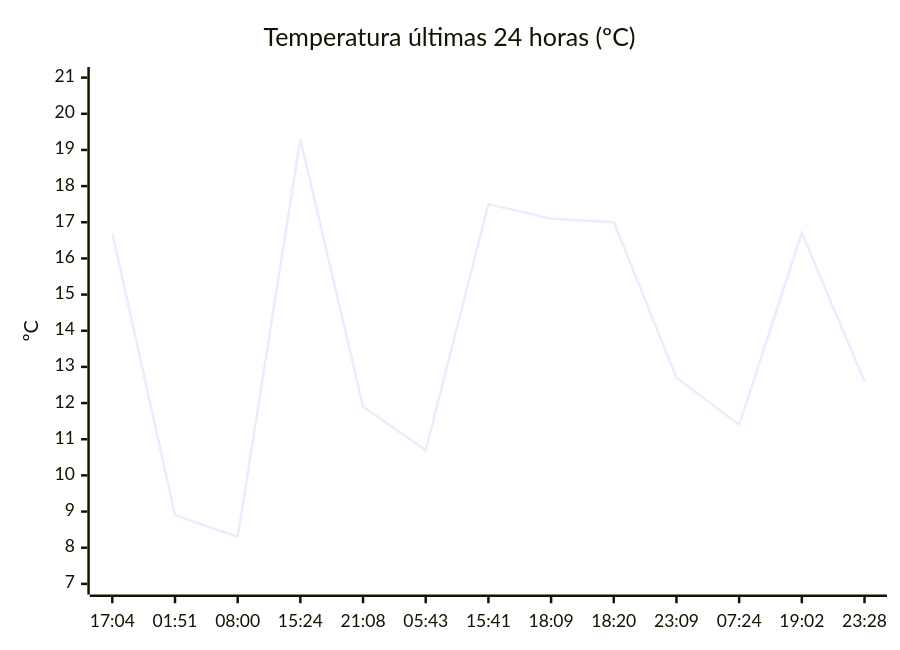
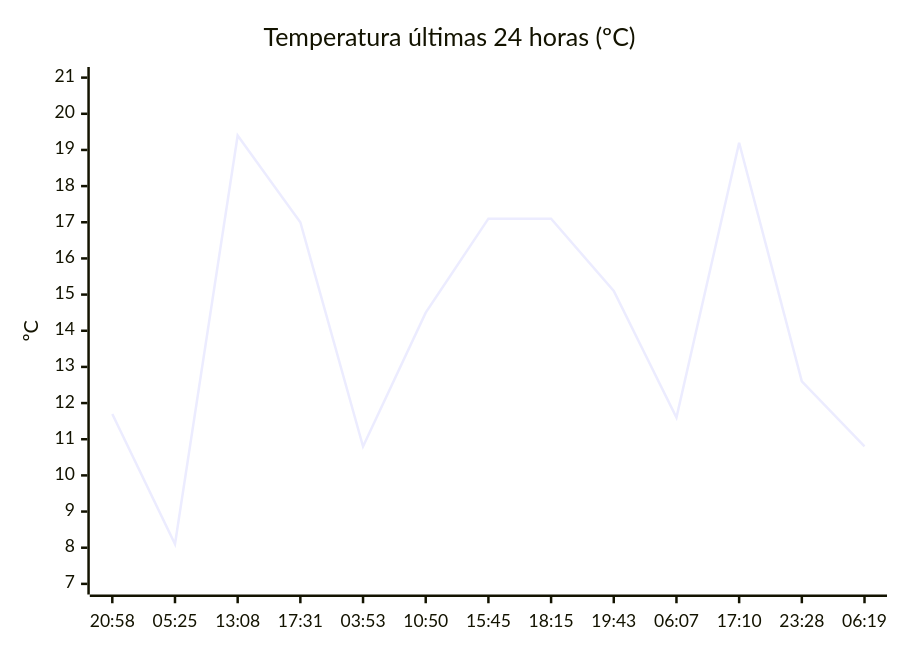
Before and after one commit to solidsnk86/rem-scrap: the diagram in README.md, drawn with Mermaid. The commit also changed other lines of this file, not shown here.

````diff
--- a/README.md
+++ b/README.md
@@ -32,7 +36,7 @@
 ```mermaid
 xychart-beta
     title "Temperatura últimas 24 horas (ºC)"
-    x-axis ["17:04", "01:51", "08:00", "15:24", "21:08", "05:43", "15:41", "18:09", "18:20", "23:09", "07:24", "19:02", "23:28"]
+    x-axis ["20:58", "05:25", "13:08", "17:31", "03:53", "10:50", "15:45", "18:15", "19:43", "06:07", "17:10", "23:28", "06:19"]
     y-axis "ºC" 7 --> 21
-    line [16.7, 8.9, 8.3, 19.3, 11.9, 10.7, 17.5, 17.1, 17, 12.7, 11.4, 16.7, 12.6]
+    line [11.7, 8.1, 19.4, 17, 10.8, 14.5, 17.1, 17.1, 15.1, 11.6, 19.2, 12.6, 10.8]
 ```
````
